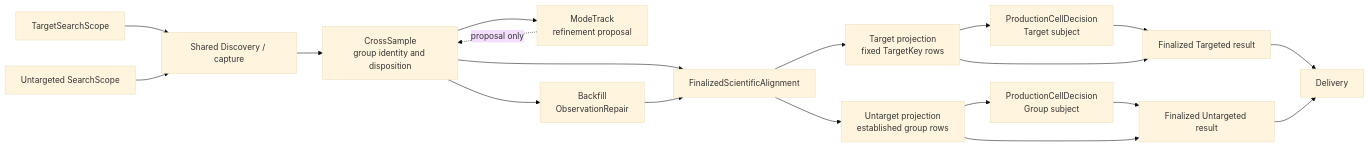
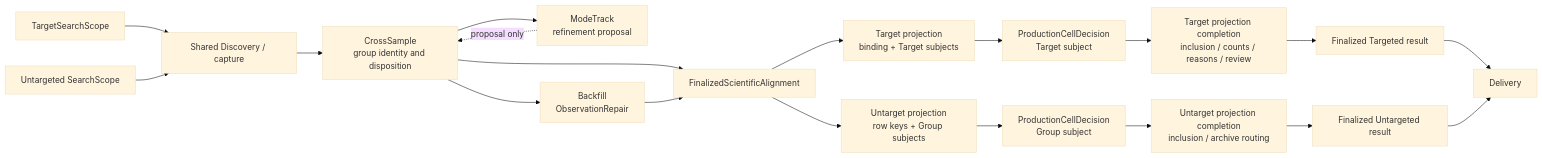
Before and after one commit to bosschen0429/XIC_Extractor: the second of 2 diagrams in docs/architecture-contract.md, drawn with Mermaid (base theme). The commit also changed other lines of this file and 12 other files, not shown here.

Commit message:
docs: close alignment architecture review gaps

````diff
--- a/docs/architecture-contract.md
+++ b/docs/architecture-contract.md
@@ -67,21 +67,21 @@
 ```mermaid
 flowchart LR
     TS["TargetSearchScope"] --> D["Shared Discovery / capture"]
     US["Untargeted SearchScope"] --> D
     D --> CS["CrossSample<br/>group identity and disposition"]
     CS --> MT["ModeTrack<br/>refinement proposal"]
     MT -. "proposal only" .-> CS
     CS --> BF["Backfill<br/>ObservationRepair"]
     CS --> R["FinalizedScientificAlignment"]
     BF --> R
-    R --> TP["Target projection<br/>fixed TargetKey rows"]
-    R --> UP["Untarget projection<br/>established group rows"]
-    TP --> CD["ProductionCellDecision<br/>Target subject"]
-    UP --> GD["ProductionCellDecision<br/>Group subject"]
-    CD --> TR["Finalized Targeted result"]
-    GD --> UR["Finalized Untargeted result"]
-    TP --> TR
-    UP --> UR
+    R --> TPB["Target projection<br/>binding + Target subjects"]
+    R --> UPB["Untarget projection<br/>row keys + Group subjects"]
+    TPB --> CD["ProductionCellDecision<br/>Target subject"]
+    UPB --> GD["ProductionCellDecision<br/>Group subject"]
+    CD --> TPC["Target projection completion<br/>inclusion / counts / reasons / review"]
+    GD --> UPC["Untarget projection completion<br/>inclusion / archive routing"]
+    TPC --> TR["Finalized Targeted result"]
+    UPC --> UR["Finalized Untargeted result"]
     TR --> DL["Delivery"]
     UR --> DL
 ```
````
